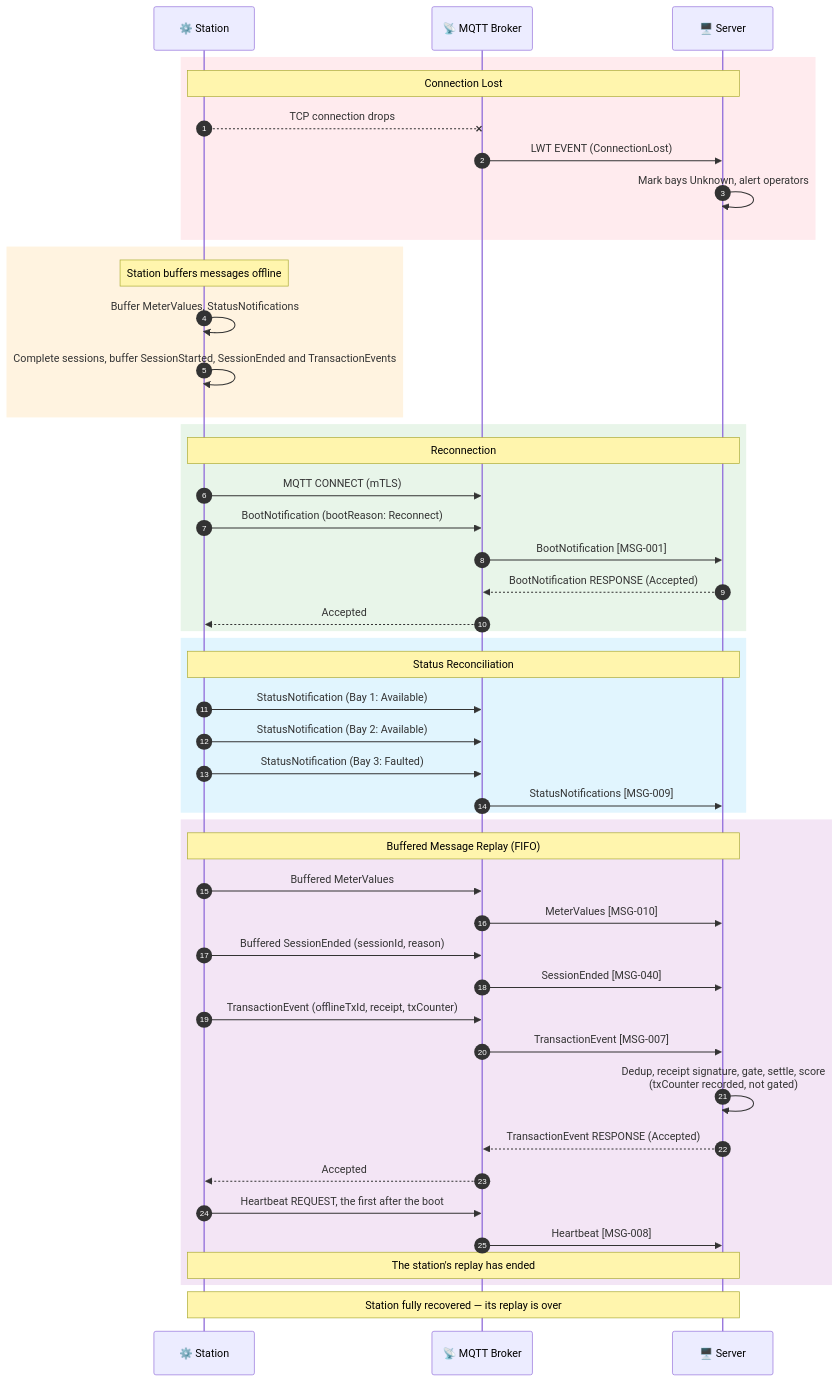
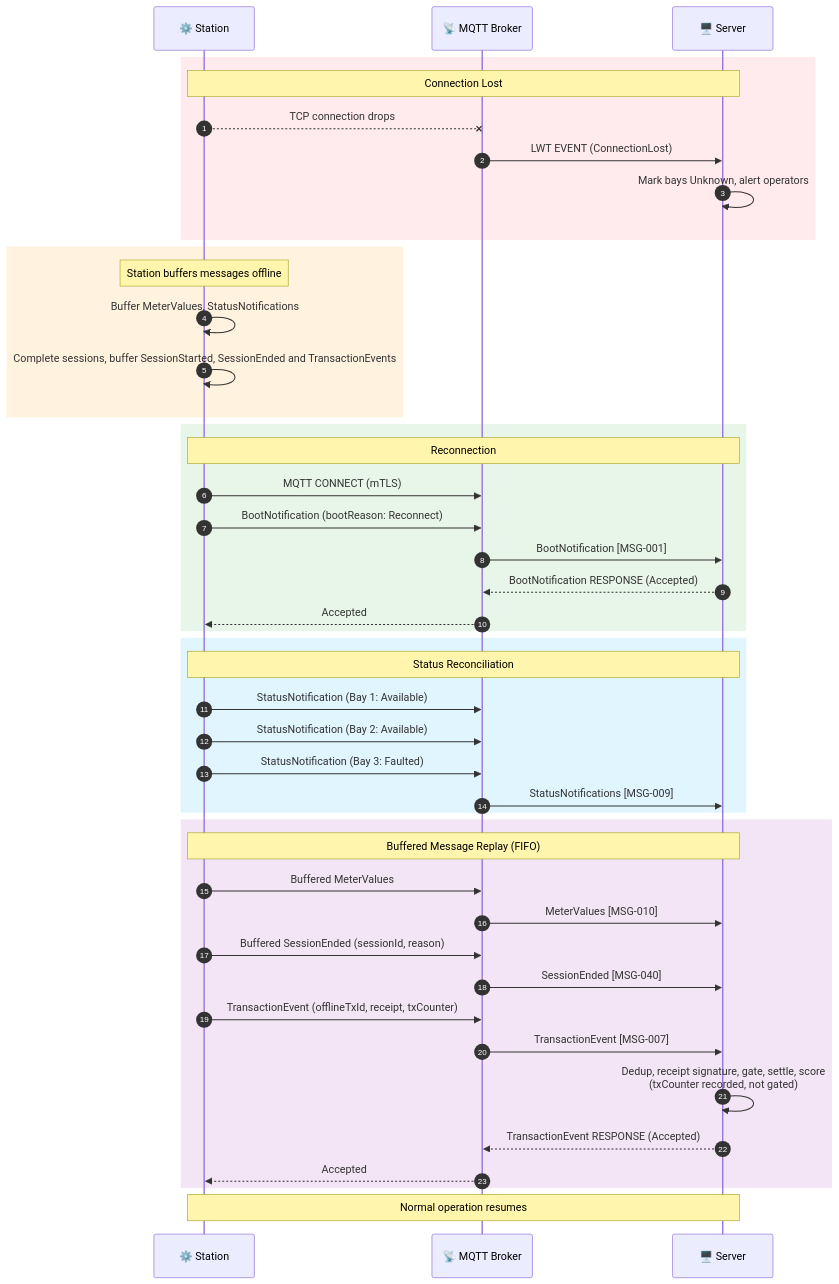
One commit to ospp-org/spec changed the seventh of 7 diagrams in diagrams/README.md. Above: the diagram before and after it, drawn with Mermaid. The commit also changed 21 other files, not shown here.

````diff
--- a/diagrams/README.md
+++ b/diagrams/README.md
@@ -308,56 +308,53 @@
 ```mermaid
 sequenceDiagram
     autonumber
 
     participant Station as ⚙️ Station
     participant Broker as 📡 MQTT Broker
     participant Server as 🖥️ Server
 
     rect rgb(255, 235, 238)
         Note over Station,Server: Connection Lost
         Station--xBroker: TCP connection drops
         Broker->>Server: LWT EVENT (ConnectionLost)
         Server->>Server: Mark bays Unknown, alert operators
     end
 
     rect rgb(255, 243, 224)
         Note over Station: Station buffers messages offline
         Station->>Station: Buffer MeterValues, StatusNotifications
         Station->>Station: Complete sessions, buffer SessionStarted, SessionEnded and TransactionEvents
     end
 
     rect rgb(232, 245, 233)
         Note over Station,Server: Reconnection
         Station->>Broker: MQTT CONNECT (mTLS)
         Station->>Broker: BootNotification (bootReason: Reconnect)
         Broker->>Server: BootNotification [MSG-001]
         Server-->>Broker: BootNotification RESPONSE (Accepted)
         Broker-->>Station: Accepted
     end
 
     rect rgb(225, 245, 254)
         Note over Station,Server: Status Reconciliation
         Station->>Broker: StatusNotification (Bay 1: Available)
         Station->>Broker: StatusNotification (Bay 2: Available)
         Station->>Broker: StatusNotification (Bay 3: Faulted)
         Broker->>Server: StatusNotifications [MSG-009]
     end
 
     rect rgb(243, 229, 245)
         Note over Station,Server: Buffered Message Replay (FIFO)
         Station->>Broker: Buffered MeterValues
         Broker->>Server: MeterValues [MSG-010]
         Station->>Broker: Buffered SessionEnded (sessionId, reason)
         Broker->>Server: SessionEnded [MSG-040]
         Station->>Broker: TransactionEvent (offlineTxId, receipt, txCounter)
         Broker->>Server: TransactionEvent [MSG-007]
         Server->>Server: Dedup, receipt signature, gate, settle, score<br/>(txCounter recorded, not gated)
         Server-->>Broker: TransactionEvent RESPONSE (Accepted)
         Broker-->>Station: Accepted
-        Station->>Broker: Heartbeat REQUEST, the first after the boot
-        Broker->>Server: Heartbeat [MSG-008]
-        Note over Station,Server: The station's replay has ended
     end
 
-    Note over Station,Server: Station fully recovered — its replay is over
+    Note over Station,Server: Normal operation resumes
 ```
````
